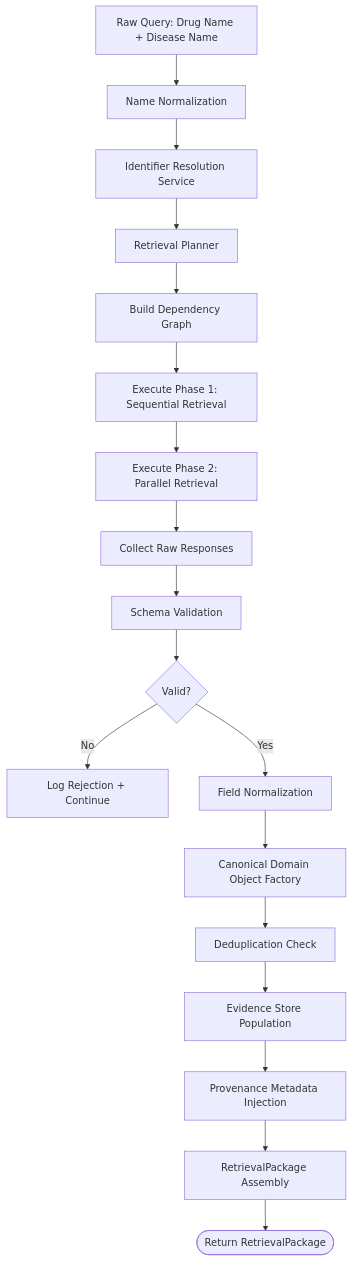
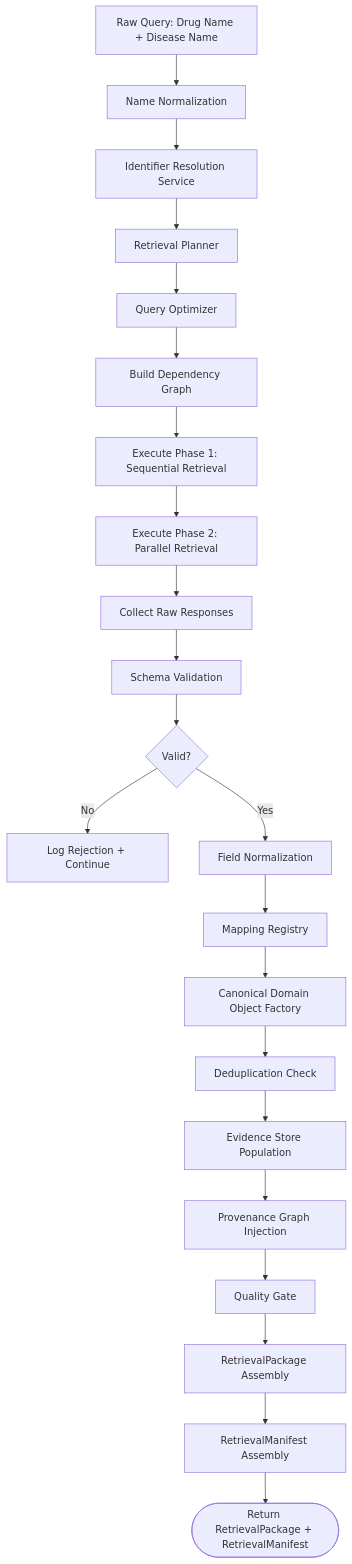
One commit to sameekshaa19/cynthera changed the fourth of 12 diagrams in 03_RETRIEVAL_SPECIFICATION.md. Above: the diagram before and after it, drawn with Mermaid. The commit also changed other lines of this file and 3 other files, not shown here.

````diff
--- a/03_RETRIEVAL_SPECIFICATION.md
+++ b/03_RETRIEVAL_SPECIFICATION.md
@@ -54,20 +172,24 @@
 ```mermaid
 flowchart TD
     A[Raw Query: Drug Name + Disease Name] --> B[Name Normalization]
     B --> C[Identifier Resolution Service]
     C --> D[Retrieval Planner]
-    D --> E[Build Dependency Graph]
+    D --> D1[Query Optimizer]
+    D1 --> E[Build Dependency Graph]
     E --> F[Execute Phase 1: Sequential Retrieval]
     F --> G[Execute Phase 2: Parallel Retrieval]
     G --> H[Collect Raw Responses]
     H --> I[Schema Validation]
     I --> J{Valid?}
     J -- No --> K[Log Rejection + Continue]
     J -- Yes --> L[Field Normalization]
-    L --> M[Canonical Domain Object Factory]
-    M --> N[Deduplication Check]
-    N --> O[Evidence Store Population]
-    O --> P[Provenance Metadata Injection]
-    P --> Q[RetrievalPackage Assembly]
-    Q --> R([Return RetrievalPackage])
+    L --> M[Mapping Registry]
+    M --> N[Canonical Domain Object Factory]
+    N --> O[Deduplication Check]
+    O --> P[Evidence Store Population]
+    P --> Q[Provenance Graph Injection]
+    Q --> QG[Quality Gate]
+    QG --> R[RetrievalPackage Assembly]
+    R --> S[RetrievalManifest Assembly]
+    S --> T([Return RetrievalPackage + RetrievalManifest])
 ```
````
